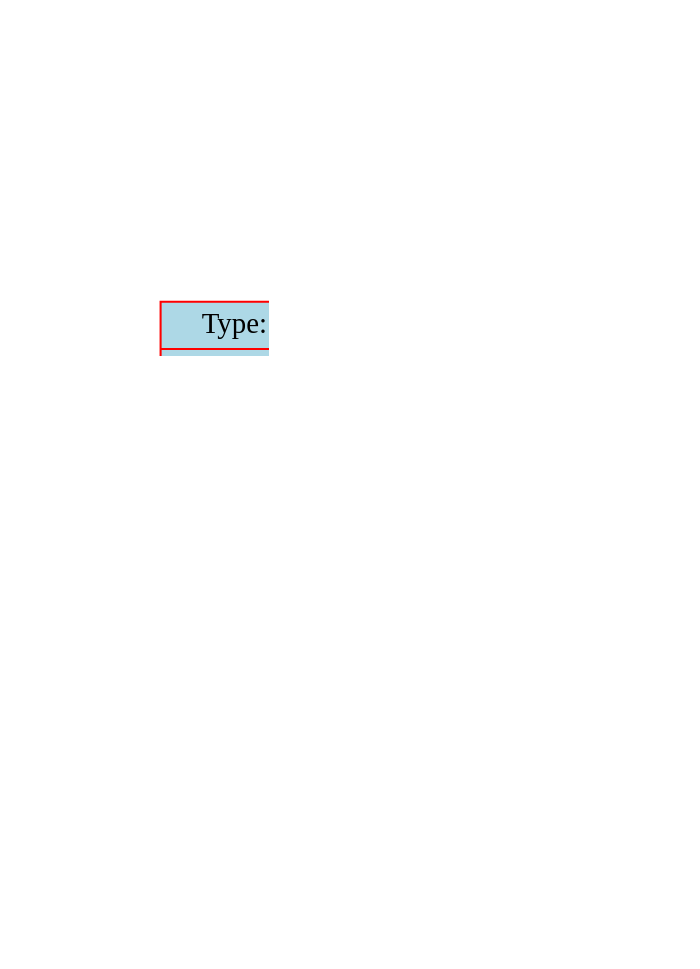
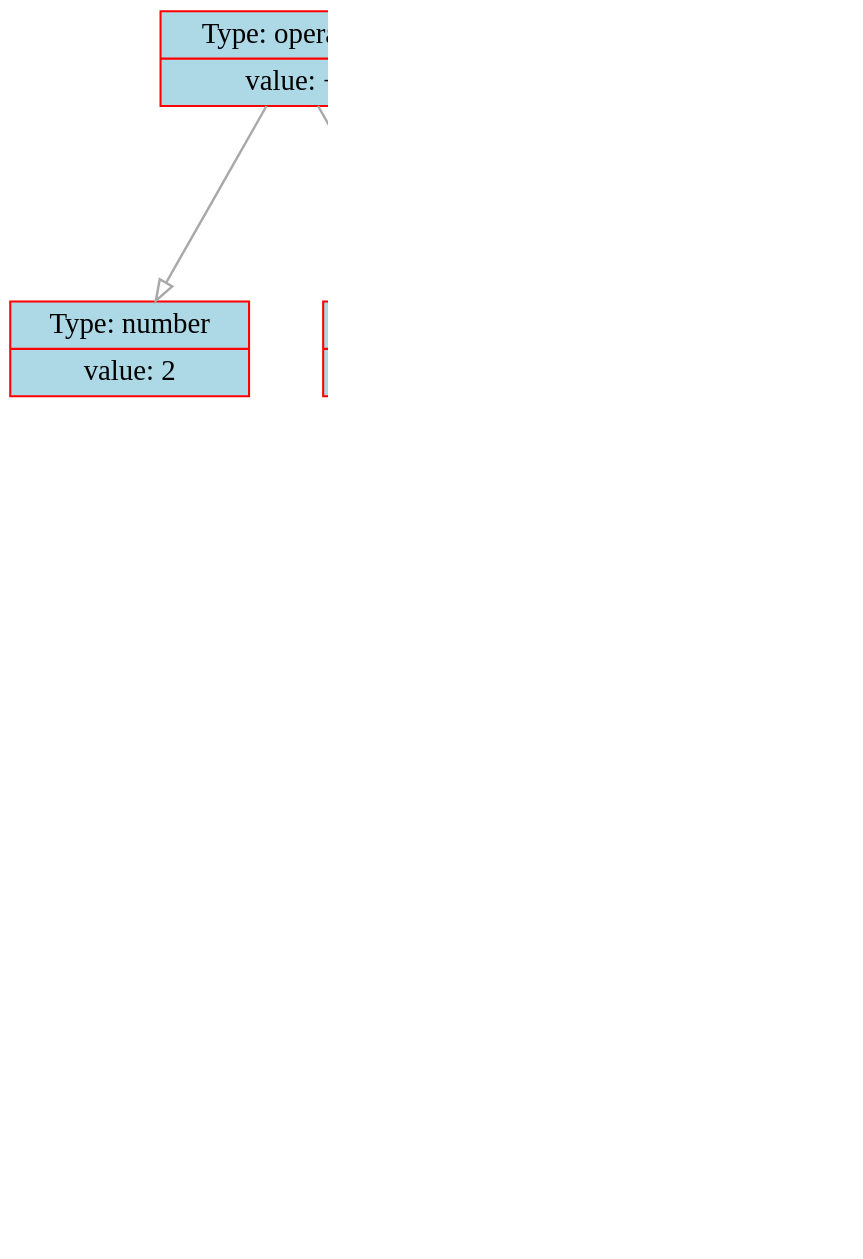
The diagram in data/graph.dot (dodokek/Derivative-Calculator), drawn with Graphviz before and after one commit. The commit also changed 13 other files, not shown here.

```diff
--- a/data/graph.dot
+++ b/data/graph.dot
@@ -1,28 +1,37 @@
 
     digraph g {
         dpi      = 200;
         fontname = "Comic Sans MS";
         fontsize = 20;
         rankdir   =  TB;
         edge [color = darkgrey, arrowhead = onormal, arrowsize = 1, penwidth = 1.2]
         graph[fillcolor = lightgreen, ranksep = 1.3, nodesep = 0.5,
         style = "rounded, filled",color = green, penwidth = 2]
 
-    Node0000016ed80e1770[shape=record, width=0.2, style="filled", color="red", fillcolor="lightblue",label=" {Type: operation | value: \cdot}"] 
+    Node0000012c7da163d0[shape=record, width=0.2, style="filled", color="red", fillcolor="lightblue",label=" {Type: operation | value: +}"] 
  
-Node0000016ed80e1740[shape=record, width=0.2, style="filled", color="red", fillcolor="lightblue",label=" {Type: operation | value: /}"] 
+Node0000012c7da161c0[shape=record, width=0.2, style="filled", color="red", fillcolor="lightblue",label=" {Type: number | value: 2}"] 
  
-Node0000016ed80e1710[shape=record, width=0.2, style="filled", color="red", fillcolor="lightblue",label=" {Type: number | value: 1}"] 
+Node0000012c7da163a0[shape=record, width=0.2, style="filled", color="red", fillcolor="lightblue",label=" {Type: operation | value: +}"] 
  
-Node0000016ed80e16e0[shape=record, width=0.2, style="filled", color="red", fillcolor="lightblue",label=" {Type: operation | value: cos}"] 
+Node0000012c7da16490[shape=record, width=0.2, style="filled", color="red", fillcolor="lightblue",label=" {Type: number | value: 1}"] 
  
-Node0000016ed80e16b0[shape=record, width=0.2, style="filled", color="red", fillcolor="lightblue",label=" {Type: variable | value: X}"] 
+Node0000012c7da16370[shape=record, width=0.2, style="filled", color="red", fillcolor="lightblue",label=" {Type: operation | value: \cdot}"] 
  
-Node0000016ed80e14a0[shape=record, width=0.2, style="filled", color="red", fillcolor="lightblue",label=" {Type: number | value: 1}"] 
+Node0000012c7da11ae0[shape=record, width=0.2, style="filled", color="red", fillcolor="lightblue",label=" {Type: operation | value: /}"] 
  
-Node0000016ed80e1770->Node0000016ed80e1740
-Node0000016ed80e1740->Node0000016ed80e1710
-Node0000016ed80e1740->Node0000016ed80e16e0
-Node0000016ed80e16e0->Node0000016ed80e16b0
-Node0000016ed80e1770->Node0000016ed80e14a0
+Node0000012c7da11ab0[shape=record, width=0.2, style="filled", color="red", fillcolor="lightblue",label=" {Type: number | value: 1}"] 
+ 
+Node0000012c7da11a80[shape=record, width=0.2, style="filled", color="red", fillcolor="lightblue",label=" {Type: variable | value: X}"] 
+ 
+Node0000012c7da114b0[shape=record, width=0.2, style="filled", color="red", fillcolor="lightblue",label=" {Type: number | value: 1}"] 
+ 
+Node0000012c7da163d0->Node0000012c7da161c0
+Node0000012c7da163d0->Node0000012c7da163a0
+Node0000012c7da163a0->Node0000012c7da16490
+Node0000012c7da163a0->Node0000012c7da16370
+Node0000012c7da16370->Node0000012c7da11ae0
+Node0000012c7da11ae0->Node0000012c7da11ab0
+Node0000012c7da11ae0->Node0000012c7da11a80
+Node0000012c7da16370->Node0000012c7da114b0
 }
```
